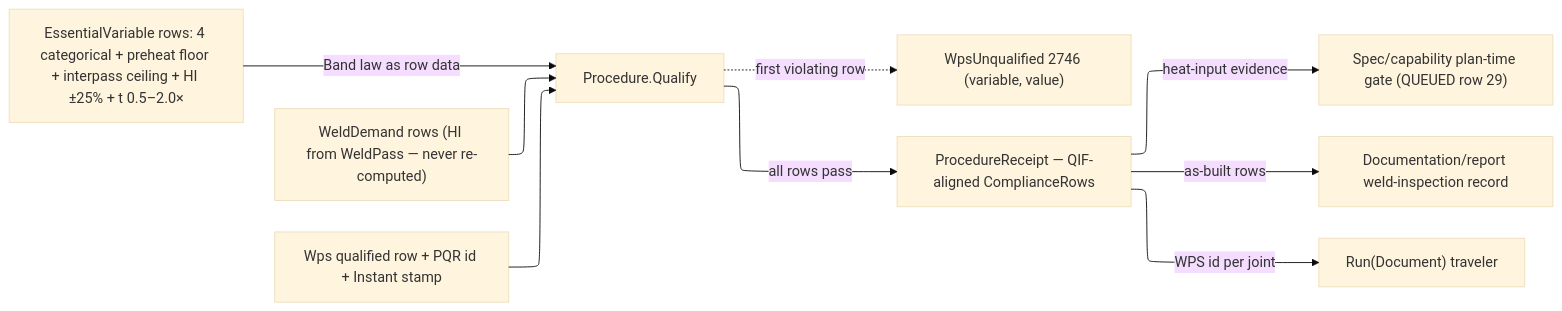
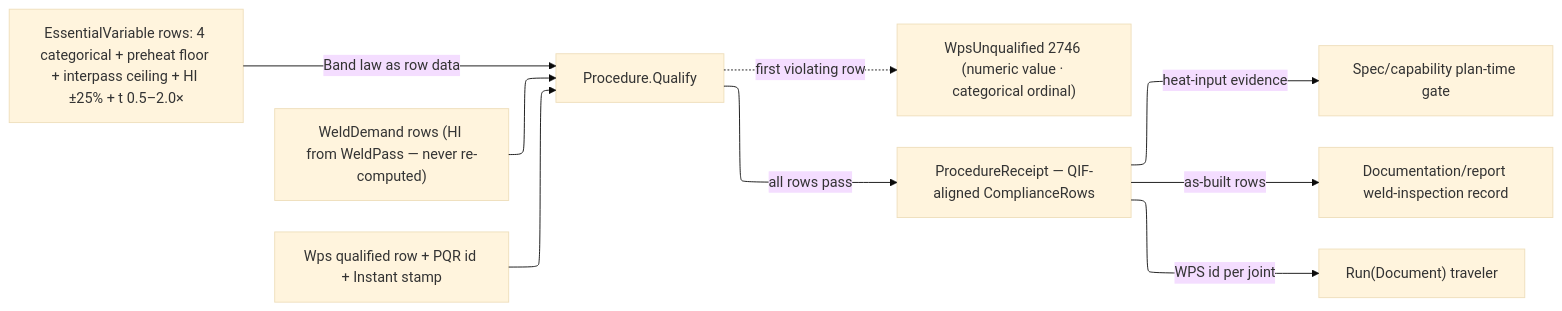
One commit to bsamiee/Rasm changed the diagram in libs/csharp/Rasm.Fabrication/.planning/Joining/procedure.md. Above: the diagram before and after it, drawn with Mermaid. The commit also changed other lines of this file and 181 other files, not shown here.

````diff
--- a/libs/csharp/Rasm.Fabrication/.planning/Joining/procedure.md
+++ b/libs/csharp/Rasm.Fabrication/.planning/Joining/procedure.md
@@ -112,16 +137,16 @@
 ```mermaid
 ---
 config:
   layout: elk
   theme: base
 ---
 flowchart LR
     Demand["WeldDemand rows (HI from WeldPass — never re-computed)"] --> Qualify["Procedure.Qualify"]
     Wps["Wps qualified row + PQR id + Instant stamp"] --> Qualify
     Axis["EssentialVariable rows: 4 categorical + preheat floor + interpass ceiling + HI ±25% + t 0.5–2.0×"] -->|Band law as row data| Qualify
-    Qualify -.->|first violating row| Fault["WpsUnqualified 2746 (variable, value)"]
+    Qualify -.->|first violating row| Fault["WpsUnqualified 2746 (numeric value · categorical ordinal)"]
     Qualify -->|all rows pass| Receipt["ProcedureReceipt — QIF-aligned ComplianceRows"]
-    Receipt -->|heat-input evidence| Capability["Spec/capability plan-time gate (QUEUED row 29)"]
+    Receipt -->|heat-input evidence| Capability["Spec/capability plan-time gate"]
     Receipt -->|as-built rows| Report["Documentation/report weld-inspection record"]
     Receipt -->|WPS id per joint| Traveler["Run(Document) traveler"]
 ```
````
